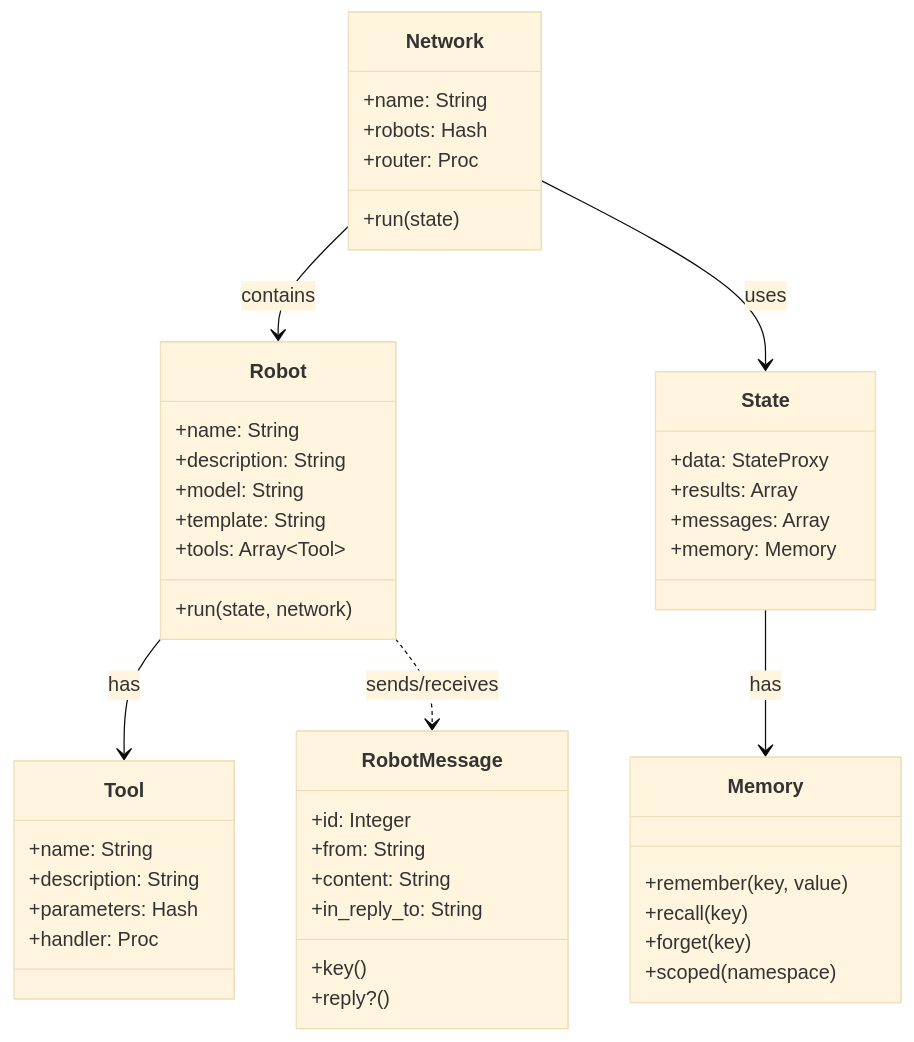
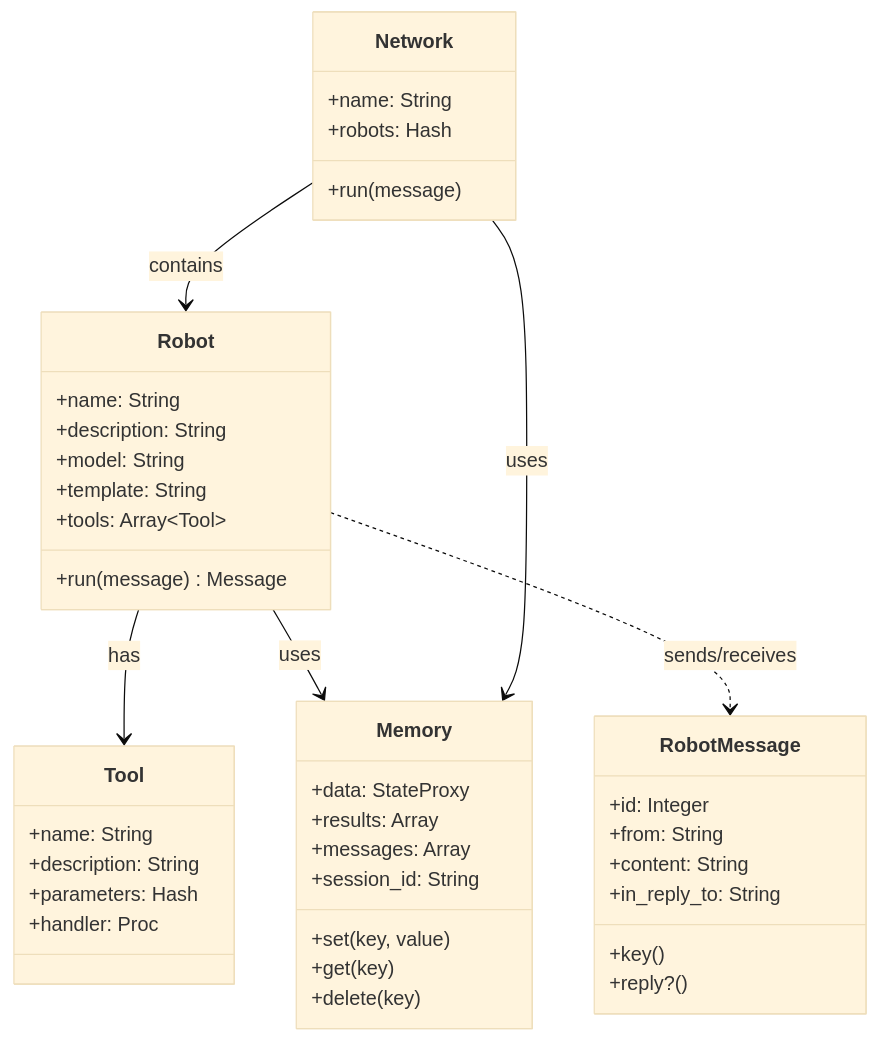
The diagram in docs/api/core/index.md (MadBomber/robot_lab), drawn with Mermaid (base theme) before and after one commit. The commit also changed other lines of this file and 18 other files, not shown here.

````diff
--- a/docs/api/core/index.md
+++ b/docs/api/core/index.md
@@ -7,54 +7,49 @@
 ```mermaid
 classDiagram
     class Robot {
         +name: String
         +description: String
         +model: String
         +template: String
         +tools: Array~Tool~
-        +run(state, network)
+        +run(message) Message
     }
 
     class Network {
         +name: String
         +robots: Hash
-        +router: Proc
-        +run(state)
-    }
-
-    class State {
-        +data: StateProxy
-        +results: Array
-        +messages: Array
-        +memory: Memory
+        +run(message)
     }
 
     class Tool {
         +name: String
         +description: String
         +parameters: Hash
         +handler: Proc
     }
 
     class Memory {
-        +remember(key, value)
-        +recall(key)
-        +forget(key)
-        +scoped(namespace)
+        +set(key, value)
+        +get(key)
+        +delete(key)
+        +data: StateProxy
+        +results: Array
+        +messages: Array
+        +session_id: String
     }
 
     class RobotMessage {
         +id: Integer
         +from: String
         +content: String
         +in_reply_to: String
         +key()
         +reply?()
     }
 
     Network --> Robot : contains
     Robot --> Tool : has
-    State --> Memory : has
-    Network --> State : uses
+    Robot --> Memory : uses
+    Network --> Memory : uses
     Robot ..> RobotMessage : sends/receives
 ```
````
